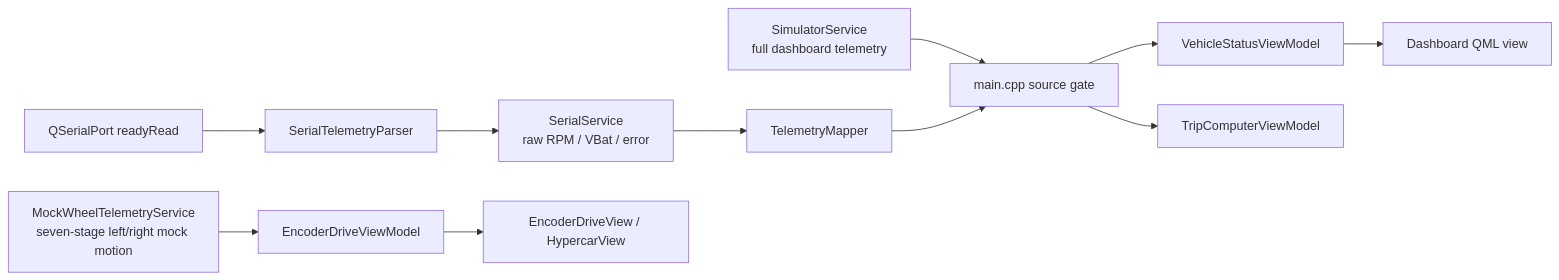
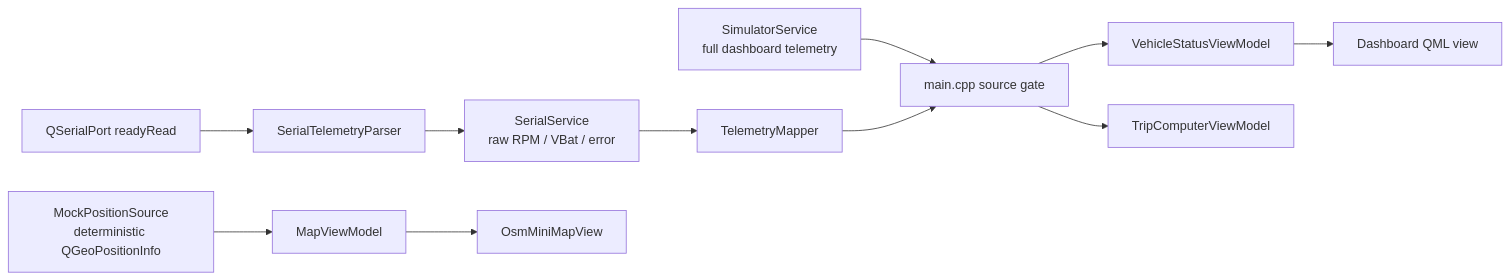
Before and after one commit to BUITANHUNG0411/CyberDash-STM32: the diagram in README.md, drawn with Mermaid. The commit also changed other lines of this file and 40 other files, not shown here.

Commit message:
feat: add OSM follow mini map

````diff
--- a/README.md
+++ b/README.md
@@ -41,13 +41,13 @@
 ```mermaid
 flowchart LR
     Simulator[SimulatorService<br/>full dashboard telemetry] --> Gate[main.cpp source gate]
     Port[QSerialPort readyRead] --> Parser[SerialTelemetryParser]
     Parser --> Serial[SerialService<br/>raw RPM / VBat / error]
     Serial --> Mapper[TelemetryMapper]
     Mapper --> Gate
     Gate --> Vehicle[VehicleStatusViewModel]
     Gate --> Trip[TripComputerViewModel]
-    MockWheel[MockWheelTelemetryService<br/>seven-stage left/right mock motion] --> Drive[EncoderDriveViewModel]
+    Position[MockPositionSource<br/>deterministic QGeoPositionInfo] --> Map[MapViewModel]
     Vehicle --> DashboardQML[Dashboard QML view]
-    Drive --> EncoderQML[EncoderDriveView / HypercarView]
+    Map --> MapQML[OsmMiniMapView]
 ```
````
